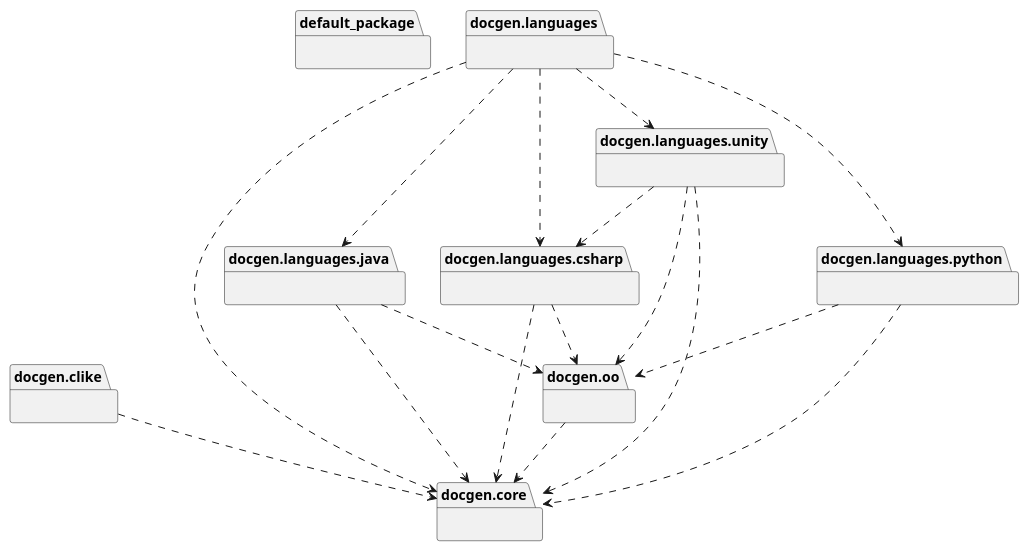
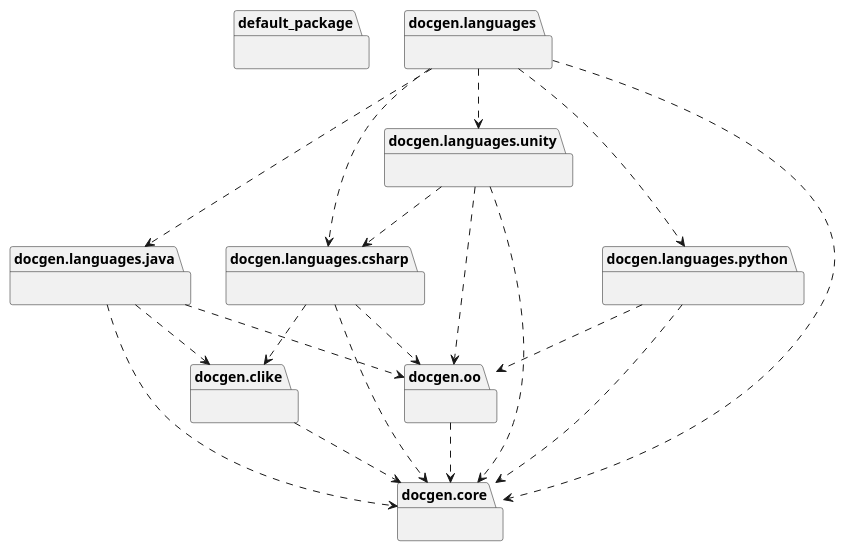
The diagram in docs/Modelisation/Packages-Full/_overview.puml (Boulede987/DocGeneration), drawn with PlantUML before and after one commit. The commit also changed 100 other files, not shown here.

```diff
--- a/docs/Modelisation/Packages-Full/_overview.puml
+++ b/docs/Modelisation/Packages-Full/_overview.puml
@@ -1,71 +1,73 @@
 @startuml _overview
 
 skinparam classAttributeIconSize 0
 skinparam shadowing false
 
 skinparam class {
   BackgroundColor<<interface>> #D6EAF8
   BorderColor<<interface>> #2E86C1
 }
 skinparam class {
   BackgroundColor<<abstract>> #E8DAEF
   BorderColor<<abstract>> #8E44AD
 }
 skinparam class {
   BackgroundColor #D5F5E3
   BorderColor #27AE60
 }
 skinparam class {
   BackgroundColor<<dataclass>> #FCF3CF
   BorderColor<<dataclass>> #B7950B
 }
 skinparam class {
   BackgroundColor<<module>> #DDEBF7
   BorderColor<<module>> #4A6FA5
 }
 skinparam class {
   BackgroundColor<<static>> #a7faa0
   BorderColor<<static>> #38d610
 }
 skinparam class {
   BackgroundColor<<enum>> #F5B7B1
   BorderColor<<enum>> #C0392B
 }
 
 package "default_package" as default_package [[default_package.svg]] {
 }
 package "docgen.clike" as docgen_clike [[clike.svg]] {
 }
 package "docgen.core" as docgen_core [[core.svg]] {
 }
 package "docgen.languages" as docgen_languages [[languages.svg]] {
 }
 package "docgen.languages.csharp" as docgen_languages_csharp [[csharp.svg]] {
 }
 package "docgen.languages.java" as docgen_languages_java [[java.svg]] {
 }
 package "docgen.languages.python" as docgen_languages_python [[python.svg]] {
 }
 package "docgen.languages.unity" as docgen_languages_unity [[unity.svg]] {
 }
 package "docgen.oo" as docgen_oo [[oo.svg]] {
 }
 
 docgen_clike ..> docgen_core
 docgen_languages ..> docgen_core
 docgen_languages ..> docgen_languages_csharp
 docgen_languages ..> docgen_languages_java
 docgen_languages ..> docgen_languages_python
 docgen_languages ..> docgen_languages_unity
+docgen_languages_csharp ..> docgen_clike
 docgen_languages_csharp ..> docgen_core
 docgen_languages_csharp ..> docgen_oo
+docgen_languages_java ..> docgen_clike
 docgen_languages_java ..> docgen_core
 docgen_languages_java ..> docgen_oo
 docgen_languages_python ..> docgen_core
 docgen_languages_python ..> docgen_oo
 docgen_languages_unity ..> docgen_core
 docgen_languages_unity ..> docgen_languages_csharp
 docgen_languages_unity ..> docgen_oo
 docgen_oo ..> docgen_core
 
 @enduml
```
